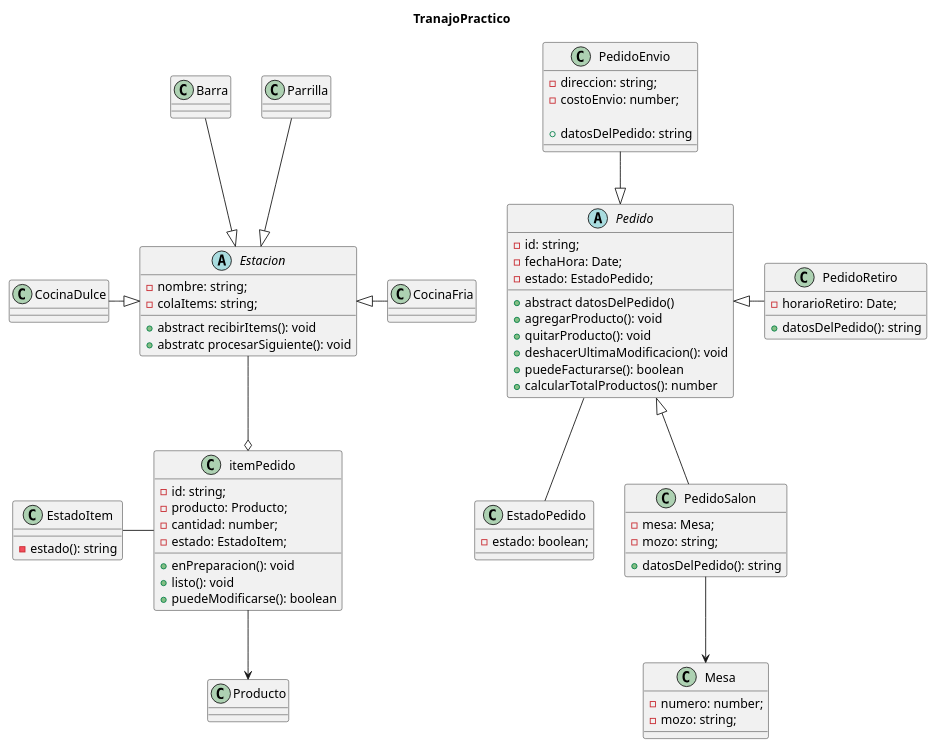
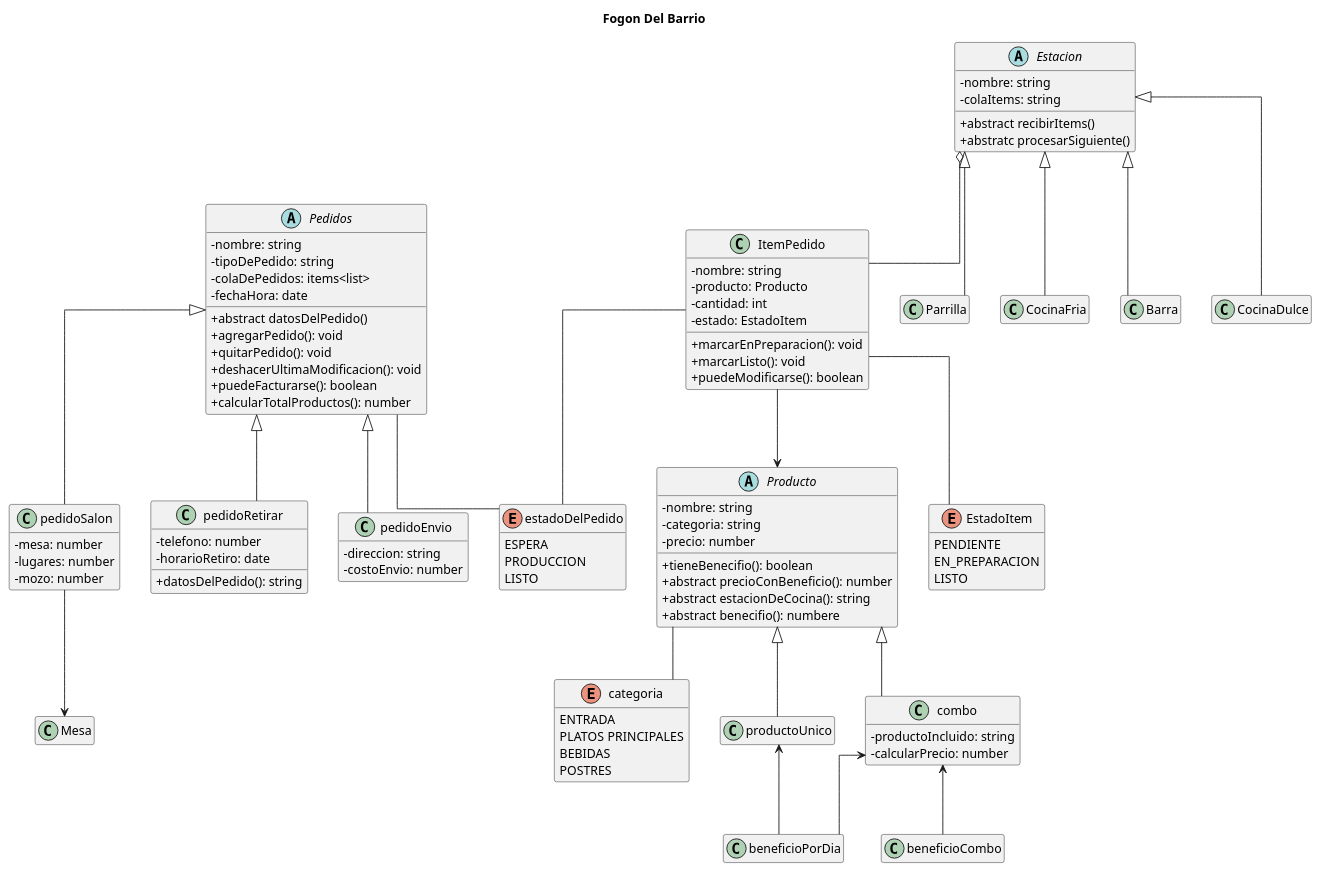
The diagram in src/Diagrama/index.puml (Laszlo-GAN/TP-Programacion-2--Grupo-12), drawn with PlantUML before and after one commit.

```diff
--- a/src/Diagrama/index.puml
+++ b/src/Diagrama/index.puml
@@ -1,92 +1,136 @@
-@startuml
-    title TranajoPractico
-    abstract class Pedido {
-        - id: string;
-        - fechaHora: Date;
-        - estado: EstadoPedido;
+@startuml name
 
-        + abstract datosDelPedido()
-        + agregarProducto(): void
-        + quitarProducto(): void
-        + deshacerUltimaModificacion(): void
-        + puedeFacturarse(): boolean
-        + calcularTotalProductos(): number
-    }
-    class EstadoPedido {
-        - estado: boolean;
-    }
-    class Mesa {
-        - numero: number;
-        - mozo: string;
-    }
+skinparam classAttributeIconSize 0
+skinparam linetype ortho
+hide empty members
 
-    class Producto {
+title Fogon Del Barrio
 
-    }
-    class itemPedido {
-        - id: string;
-        - producto: Producto;
-        - cantidad: number;
-        - estado: EstadoItem;
+abstract class Pedidos{
+  - nombre: string
+  - tipoDePedido: string
+  - colaDePedidos: items<list>
+  - fechaHora: date
 
-        + enPreparacion(): void
-        + listo(): void
-        + puedeModificarse(): boolean
-    }
-    class PedidoSalon {
-        - mesa: Mesa;
-        - mozo: string;
+  + abstract datosDelPedido()
+  + agregarPedido(): void
+  + quitarPedido(): void
+  + deshacerUltimaModificacion(): void
+  + puedeFacturarse(): boolean
+  + calcularTotalProductos(): number
 
-        + datosDelPedido(): string
-    }
-    class PedidoEnvio {
-        - direccion: string;
-        - costoEnvio: number;
+}
 
-        + datosDelPedido: string
-    }
+enum estadoDelPedido{
+  ESPERA
+  PRODUCCION
+  LISTO
+}
 
-    class PedidoRetiro {
-        - horarioRetiro: Date;
+class pedidoSalon{
+  - mesa: number
+  - lugares: number
+  - mozo: number
+}
 
-        + datosDelPedido(): string
-    }
-    abstract class Estacion {
-        - nombre: string;
-        - colaItems: string;
+class pedidoRetirar{
+  - telefono: number
+  - horarioRetiro: date
 
-        + abstract recibirItems(): void
-        + abstratc procesarSiguiente(): void 
-    }
+  + datosDelPedido(): string
+}
 
-    class EstadoItem {
-        - estado(): string
-    }
-    
-    class Parrilla {
+class pedidoEnvio{
+  - direccion: string
+  - costoEnvio: number
+}
 
-    }
-    class CocinaFria {
+ItemPedido -- estadoDelPedido
+ItemPedido --> Producto
+pedidoSalon --> Mesa
+Pedidos -- estadoDelPedido
+Pedidos <|-- pedidoSalon
+Pedidos <|-- pedidoRetirar
+Pedidos <|-- pedidoEnvio
 
-    }
-    class Barra {
+abstract class Producto{
+  - nombre: string
+  - categoria: string
+  - precio: number
 
-    }
-    class CocinaDulce {
-        
-    }
-    
-    Pedido <|-- PedidoSalon
-    Pedido <|-u- PedidoEnvio
-    Pedido <|-r- PedidoRetiro
-    Pedido -d- EstadoPedido
-    PedidoSalon --> Mesa
-    itemPedido --> Producto
-    itemPedido -l- EstadoItem
-    itemPedido o-u- Estacion
-    Estacion <|-u- Parrilla
-    Estacion <|-l- CocinaDulce
-    Estacion <|-r- CocinaFria
-    Estacion <|-u- Barra 
+  + tieneBenecifio(): boolean
+  + abstract precioConBeneficio(): number
+  + abstract estacionDeCocina(): string
+  + abstract benecifio(): numbere
+}
+
+enum categoria{
+  ENTRADA
+  PLATOS PRINCIPALES
+  BEBIDAS
+  POSTRES
+}
+
+class productoUnico{}
+
+class combo{
+  - productoIncluido: string
+  - calcularPrecio: number
+}
+
+class beneficioCombo{}
+
+class beneficioPorDia{}
+
+Producto -- categoria
+Producto <|-- productoUnico
+Producto <|-- combo
+combo <-- beneficioCombo
+combo <-- beneficioPorDia
+productoUnico <-- beneficioPorDia
+
+abstract class Estacion {
+  - nombre: string
+  - colaItems: string
+
+  + abstract recibirItems()
+  + abstratc procesarSiguiente()
+}
+
+class Parrilla {}
+
+class CocinaFria {}
+
+class Barra {}
+
+class CocinaDulce {}
+
+Estacion <|-- Parrilla
+Estacion <|-- CocinaFria
+Estacion <|-- Barra
+Estacion <|-- CocinaDulce
+Estacion o-- ItemPedido 
+
+class ItemPedido {
+- nombre: string
+- producto: Producto
+- cantidad: int
+- estado: EstadoItem
+
++ marcarEnPreparacion(): void
++ marcarListo(): void
++ puedeModificarse(): boolean
+}
+
+enum EstadoItem {
+  PENDIENTE
+  EN_PREPARACION
+  LISTO
+}
+
+ItemPedido -- EstadoItem
+
+
+
 
 @enduml
```
